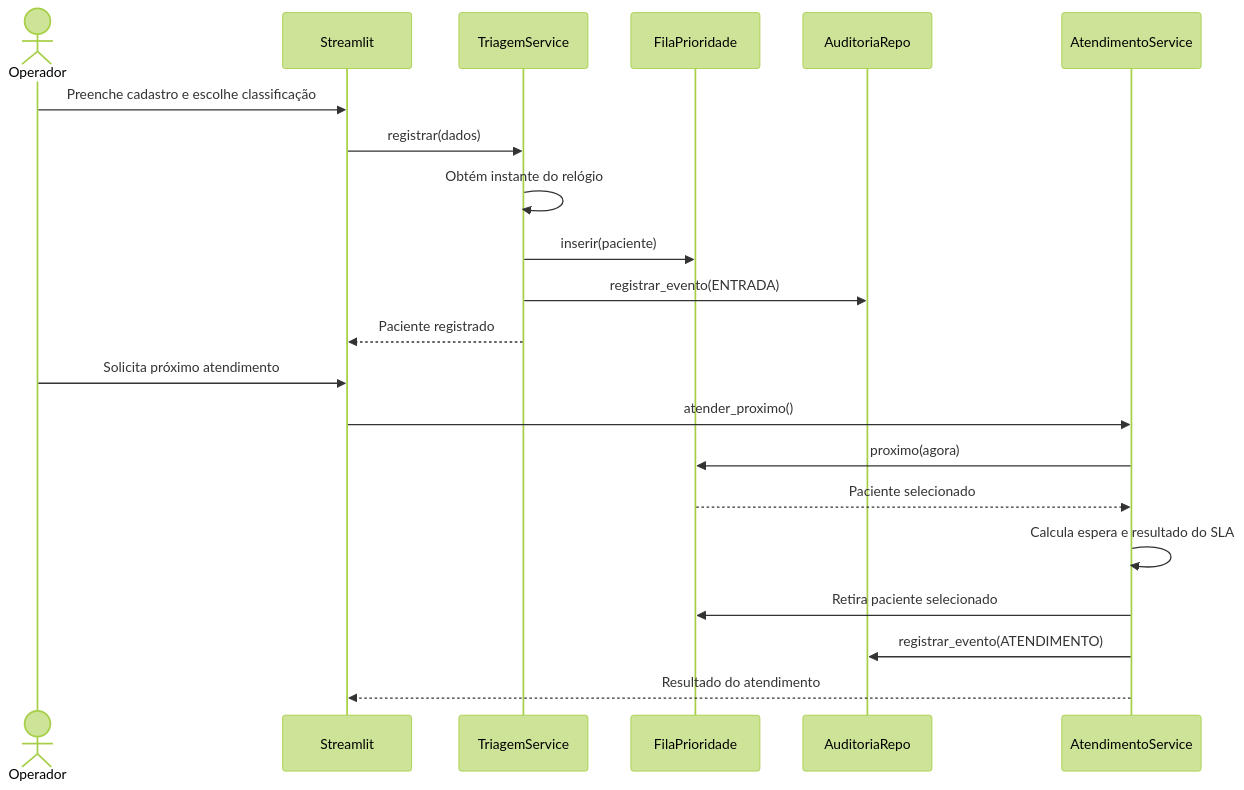
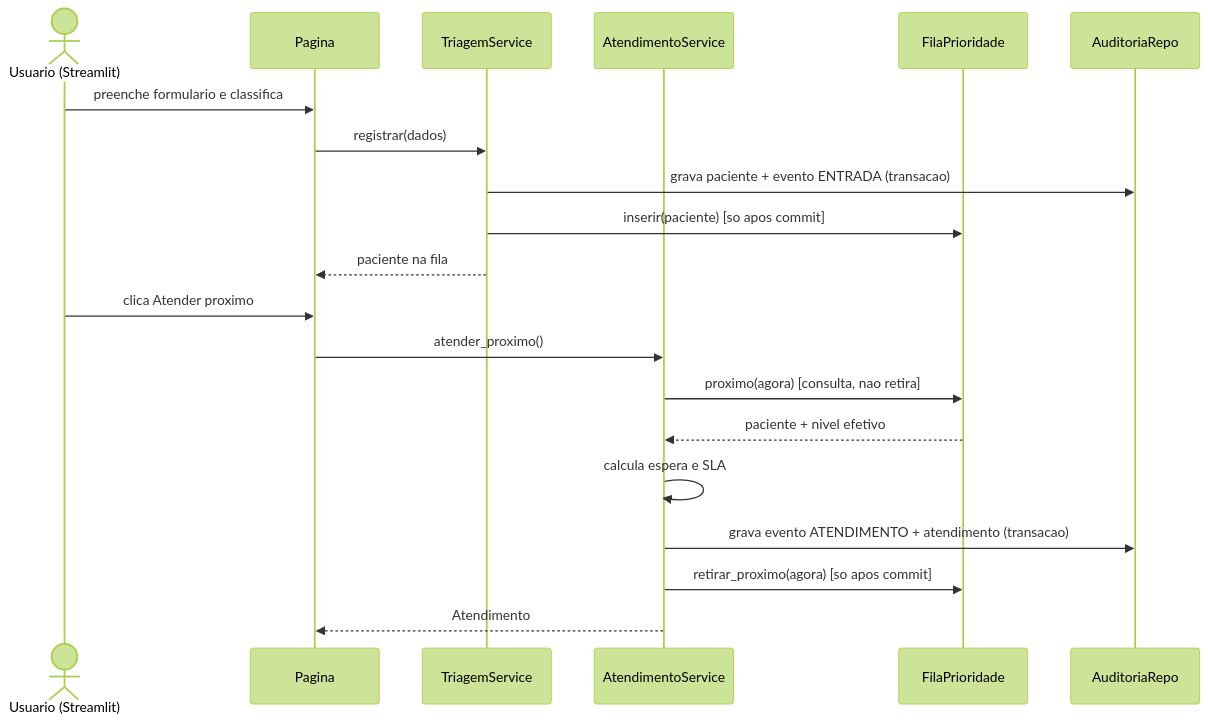
Before and after one commit to jjoollbu/sus-priority-scheduler: the third of 4 diagrams in docs/arquitetura_e_uml.md, drawn with Mermaid (forest theme). The commit also changed other lines of this file, not shown here.

Commit message:
docs: atualiza arquitetura e UML para a v0.3

````diff
--- a/docs/arquitetura_e_uml.md
+++ b/docs/arquitetura_e_uml.md
@@ -115,25 +345,22 @@
 ```mermaid
 sequenceDiagram
-    actor Operador
-    participant UI as Streamlit
+    actor U as Usuario (Streamlit)
+    participant UI as Pagina
     participant TS as TriagemService
+    participant AS as AtendimentoService
     participant F as FilaPrioridade
     participant AR as AuditoriaRepo
-    participant AS as AtendimentoService
-
-    Operador->>UI: Preenche cadastro e escolhe classificação
+    U->>UI: preenche formulario e classifica
     UI->>TS: registrar(dados)
-    TS->>TS: Obtém instante do relógio
-    TS->>F: inserir(paciente)
-    TS->>AR: registrar_evento(ENTRADA)
-    TS-->>UI: Paciente registrado
-
-    Operador->>UI: Solicita próximo atendimento
+    TS->>AR: grava paciente + evento ENTRADA (transacao)
+    TS->>F: inserir(paciente)  [so apos commit]
+    TS-->>UI: paciente na fila
+    U->>UI: clica Atender proximo
     UI->>AS: atender_proximo()
-    AS->>F: proximo(agora)
-    F-->>AS: Paciente selecionado
-    AS->>AS: Calcula espera e resultado do SLA
-    AS->>F: Retira paciente selecionado
-    AS->>AR: registrar_evento(ATENDIMENTO)
-    AS-->>UI: Resultado do atendimento
+    AS->>F: proximo(agora)  [consulta, nao retira]
+    F-->>AS: paciente + nivel efetivo
+    AS->>AS: calcula espera e SLA
+    AS->>AR: grava evento ATENDIMENTO + atendimento (transacao)
+    AS->>F: retirar_proximo(agora)  [so apos commit]
+    AS-->>UI: Atendimento
 ```
````
